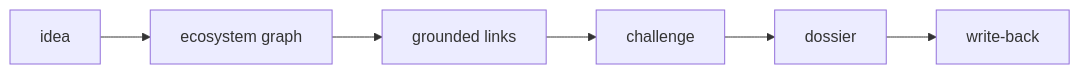
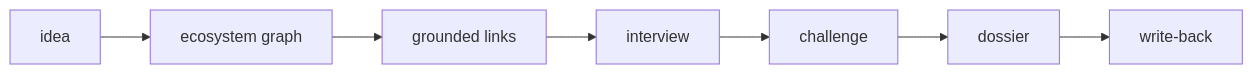
One commit to LoicLang/scopegraph changed the diagram in README.md. Above: the diagram before and after it, drawn with Mermaid. The commit also changed other lines of this file and 3 other files, not shown here.

````diff
--- a/README.md
+++ b/README.md
@@ -46,8 +46,9 @@
 ```mermaid
 flowchart LR
     A[idea] --> B[ecosystem graph]
     B --> C[grounded links]
-    C --> D[challenge]
-    D --> E[dossier]
-    E --> F[write-back]
+    C --> D[interview]
+    D --> E[challenge]
+    E --> F[dossier]
+    F --> G[write-back]
 ```
````
